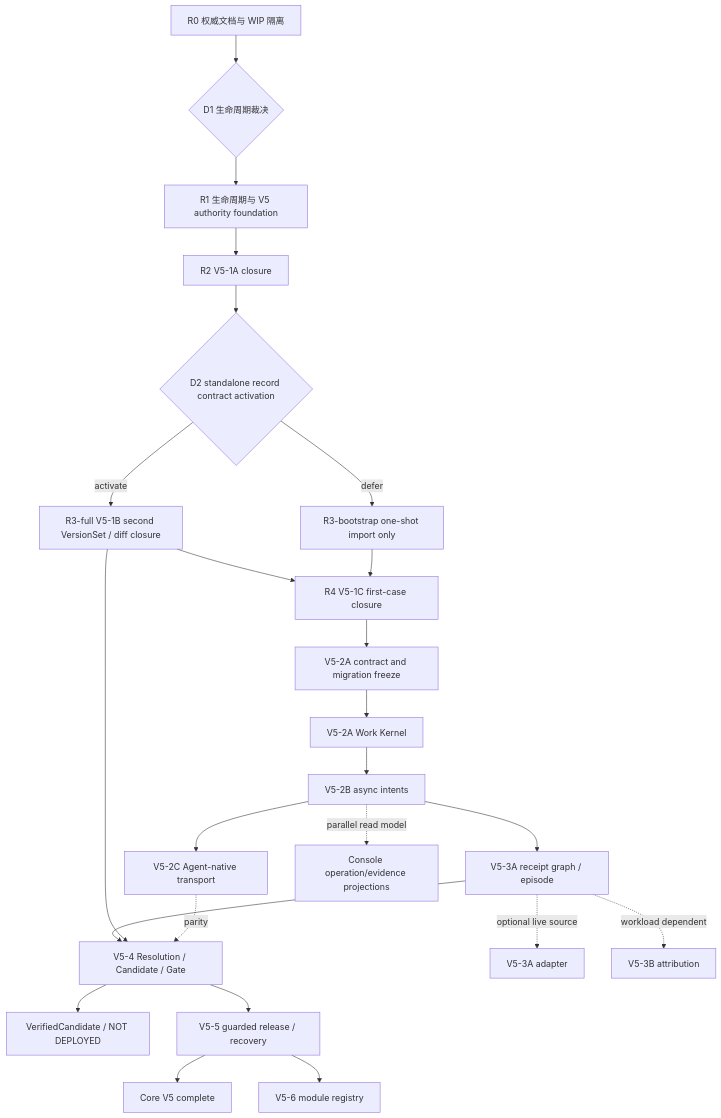
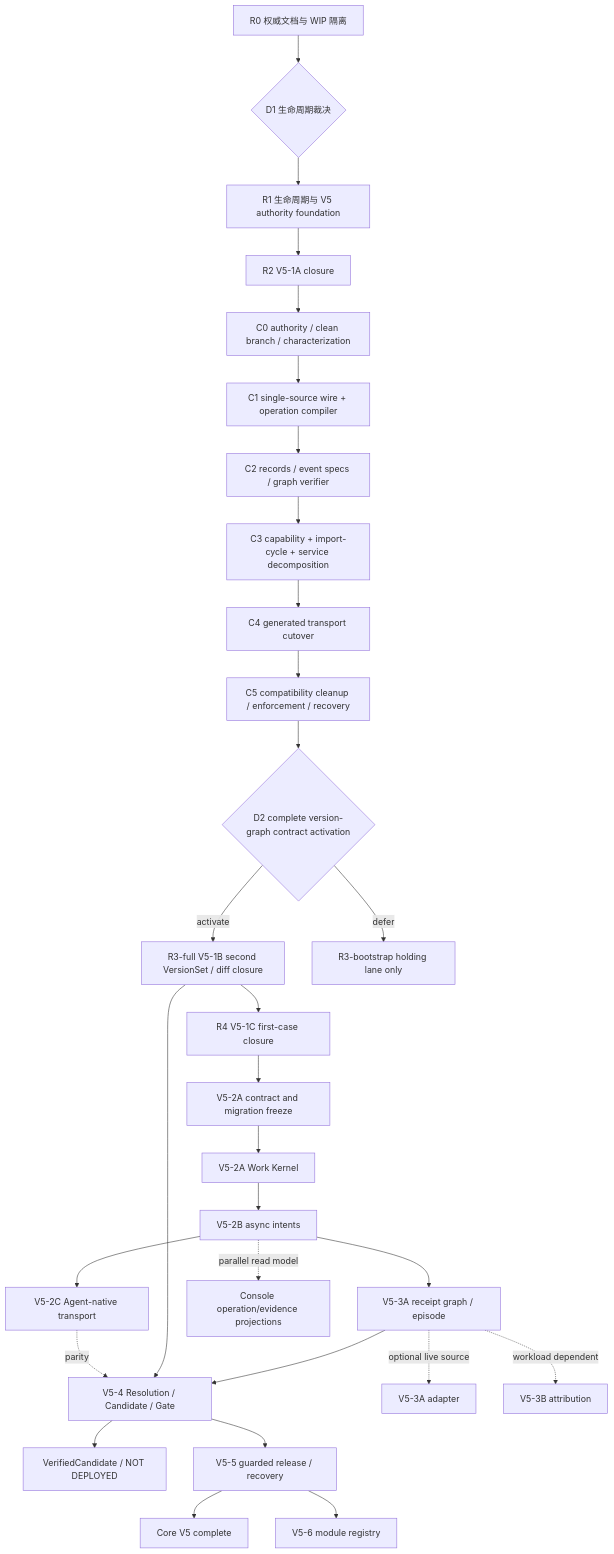
The diagram in docs/plans/v5-master-execution-plan.md (Gout999/AgentMED), drawn with Mermaid before and after one commit. The commit also changed other lines of this file and 16 other files, not shown here.

````diff
--- a/docs/plans/v5-master-execution-plan.md
+++ b/docs/plans/v5-master-execution-plan.md
@@ -97,26 +106,31 @@
 ```mermaid
 flowchart TD
   R0["R0 权威文档与 WIP 隔离"] --> D1{"D1 生命周期裁决"}
   D1 --> R1["R1 生命周期与 V5 authority foundation"]
   R1 --> R2["R2 V5-1A closure"]
-  R2 --> D2{"D2 standalone record contract activation"}
+  R2 --> C0["C0 authority / clean branch / characterization"]
+  C0 --> C1["C1 single-source wire + operation compiler"]
+  C1 --> C2["C2 records / event specs / graph verifier"]
+  C2 --> C3["C3 capability + import-cycle + service decomposition"]
+  C3 --> C4["C4 generated transport cutover"]
+  C4 --> C5["C5 compatibility cleanup / enforcement / recovery"]
+  C5 --> D2{"D2 complete version-graph contract activation"}
   D2 -->|activate| R3["R3-full V5-1B second VersionSet / diff closure"]
-  D2 -->|defer| R3B["R3-bootstrap one-shot import only"]
+  D2 -->|defer| R3B["R3-bootstrap holding lane only"]
   R3 --> R4["R4 V5-1C first-case closure"]
-  R3B --> R4
   R4 --> K20["V5-2A contract and migration freeze"]
   K20 --> K21["V5-2A Work Kernel"]
   K21 --> K22["V5-2B async intents"]
   K22 --> K23["V5-2C Agent-native transport"]
   K22 --> E30["V5-3A receipt graph / episode"]
   K22 -. parallel read model .-> UI30["Console operation/evidence projections"]
   E30 --> C40["V5-4 Resolution / Candidate / Gate"]
   R3 --> C40
   C40 --> VOnly["VerifiedCandidate / NOT DEPLOYED"]
   C40 --> R50["V5-5 guarded release / recovery"]
   R50 --> Core["Core V5 complete"]
   E30 -. optional live source .-> E31["V5-3A adapter"]
   E30 -. workload dependent .-> E32["V5-3B attribution"]
   K23 -. parity .-> C40
   R50 --> O60["V5-6 module registry"]
 ```
````
